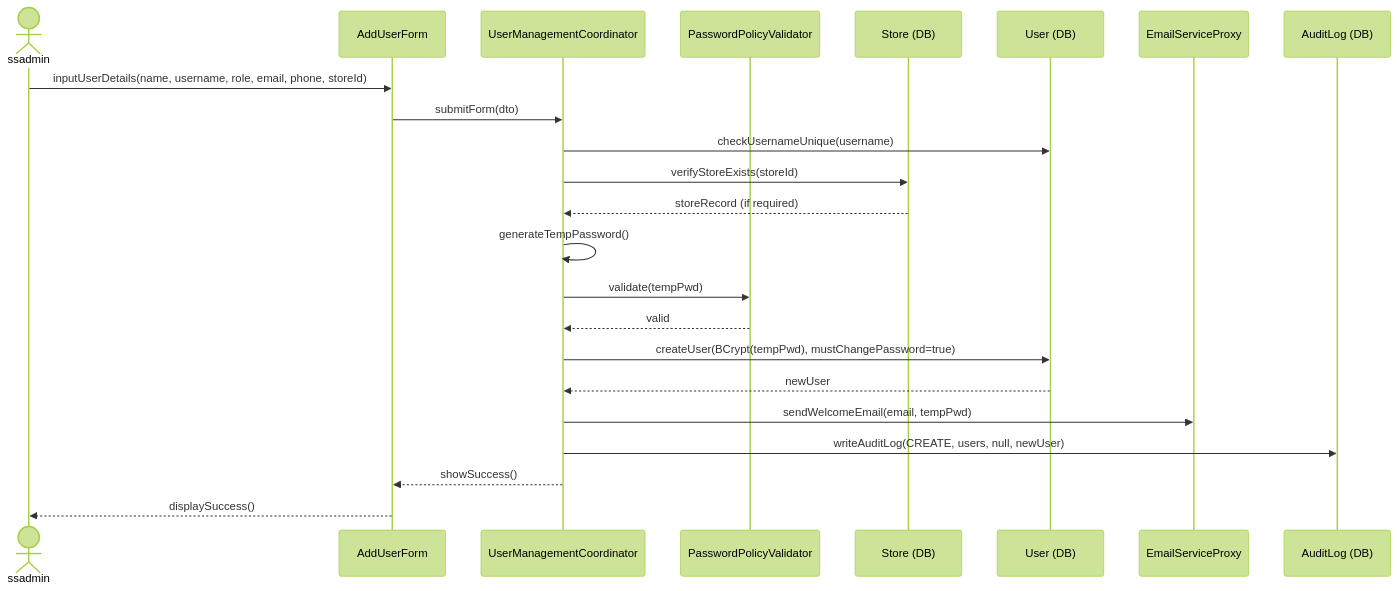
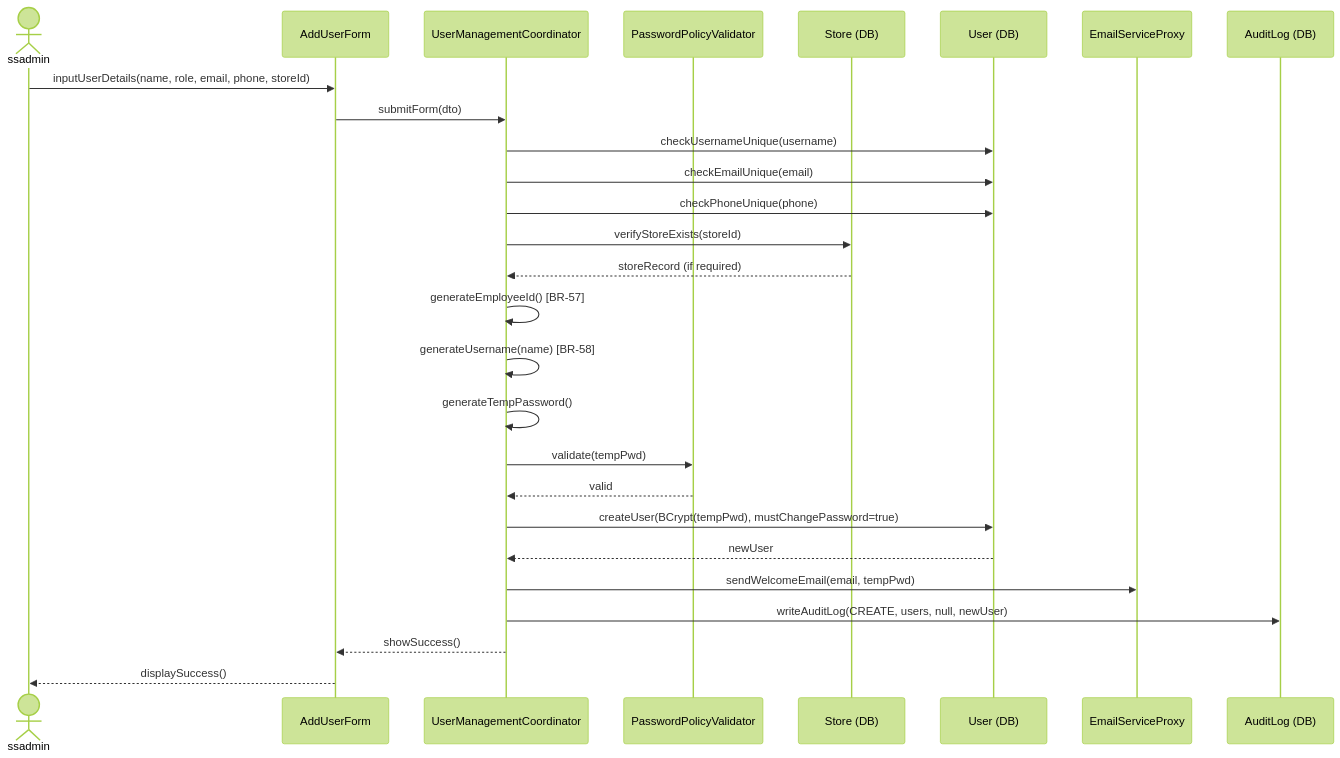
Before and after one commit to Shaichi/khoga_cafe: the second of 4 diagrams in docs/rds_sections/05_detailed_3_2_user_management.md, drawn with Mermaid (forest theme). The commit also changed other lines of this file and 22 other files, not shown here.

````diff
--- a/docs/rds_sections/05_detailed_3_2_user_management.md
+++ b/docs/rds_sections/05_detailed_3_2_user_management.md
@@ -101,26 +103,30 @@
 ```mermaid
 sequenceDiagram
     actor ssadmin
     participant AddForm as AddUserForm
     participant UserMgmtCoord as UserManagementCoordinator
     participant Validator as PasswordPolicyValidator
     participant StoreDB as Store (DB)
     participant UserDB as User (DB)
     participant EmailSvc as EmailServiceProxy
     participant AuditDB as AuditLog (DB)
 
-    ssadmin->>AddForm: inputUserDetails(name, username, role, email, phone, storeId)
+    ssadmin->>AddForm: inputUserDetails(name, role, email, phone, storeId)
     AddForm->>UserMgmtCoord: submitForm(dto)
     UserMgmtCoord->>UserDB: checkUsernameUnique(username)
+    UserMgmtCoord->>UserDB: checkEmailUnique(email)
+    UserMgmtCoord->>UserDB: checkPhoneUnique(phone)
     UserMgmtCoord->>StoreDB: verifyStoreExists(storeId)
     StoreDB-->>UserMgmtCoord: storeRecord (if required)
+    UserMgmtCoord->>UserMgmtCoord: generateEmployeeId() [BR-57]
+    UserMgmtCoord->>UserMgmtCoord: generateUsername(name) [BR-58]
     UserMgmtCoord->>UserMgmtCoord: generateTempPassword()
     UserMgmtCoord->>Validator: validate(tempPwd)
     Validator-->>UserMgmtCoord: valid
     UserMgmtCoord->>UserDB: createUser(BCrypt(tempPwd), mustChangePassword=true)
     UserDB-->>UserMgmtCoord: newUser
     UserMgmtCoord->>EmailSvc: sendWelcomeEmail(email, tempPwd)
     UserMgmtCoord->>AuditDB: writeAuditLog(CREATE, users, null, newUser)
     UserMgmtCoord-->>AddForm: showSuccess()
     AddForm-->>ssadmin: displaySuccess()
 ```
````
